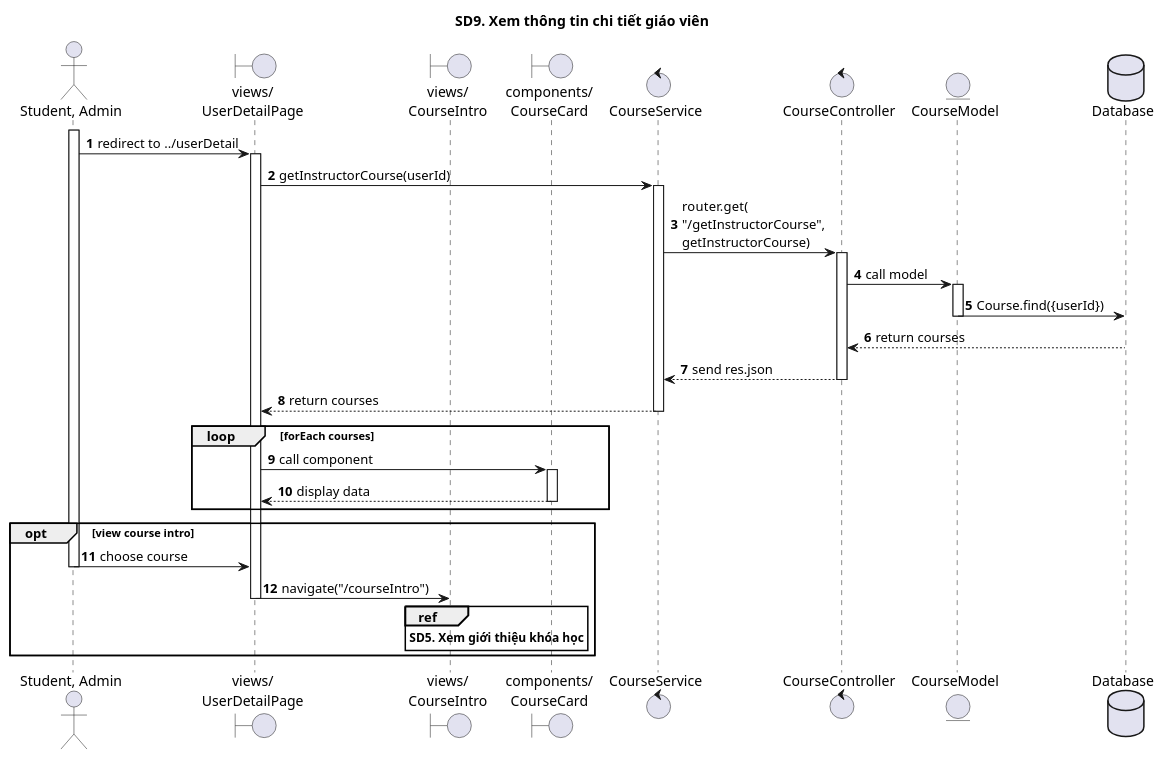
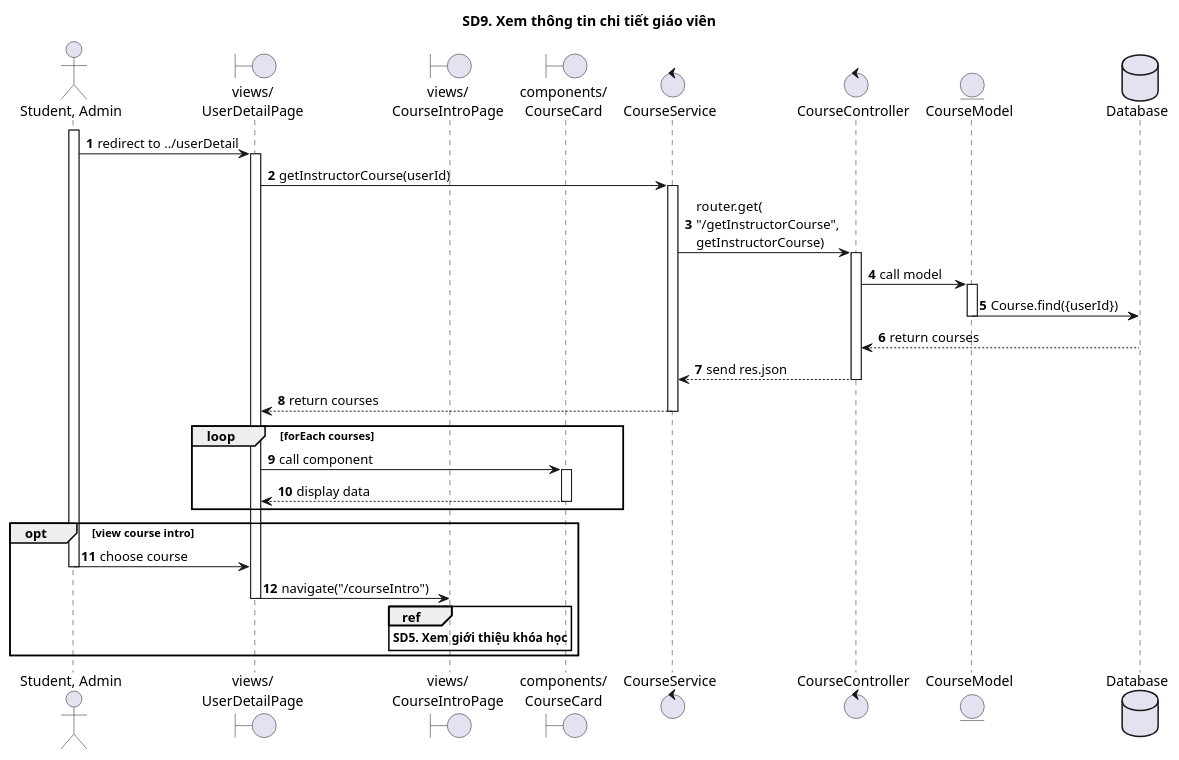
Before and after one commit to The-Cookies-Team/UML-Diagrams: the diagram in SequenceDiagrams/CNPMHDT/sd9.puml, drawn with PlantUML. The commit also changed 18 other files, not shown here.

```diff
--- a/SequenceDiagrams/CNPMHDT/sd9.puml
+++ b/SequenceDiagrams/CNPMHDT/sd9.puml
@@ -1,49 +1,49 @@
 @startuml SQ
 
 autonumber
 
 title SD9. Xem thông tin chi tiết giáo viên
 
 actor "Student, Admin" as Actor
 boundary "views/\nUserDetailPage" as UserDetailPage
-boundary "views/\nCourseIntro" as CourseIntro
+boundary "views/\nCourseIntroPage" as CourseIntro
 boundary "components/\nCourseCard" as CourseCard
 control "CourseService"
 control "CourseController"
 entity "CourseModel"
 database "Database" as Database
 
 activate Actor
 Actor -> UserDetailPage: redirect to ../userDetail
 activate UserDetailPage
 UserDetailPage -> CourseService: getInstructorCourse(userId)
 activate CourseService
 CourseService -> CourseController: router.get(\n"/getInstructorCourse",\ngetInstructorCourse)
 activate CourseController
 CourseController -> CourseModel: call model
 activate CourseModel
 CourseModel -> Database: Course.find({userId})
 deactivate CourseModel
 Database --> CourseController: return courses
 deactivate Database
 CourseController --> CourseService: send res.json
 deactivate CourseController
 CourseService --> UserDetailPage: return courses
 deactivate CourseService
 loop forEach courses
 UserDetailPage -> CourseCard: call component
 activate CourseCard
 CourseCard --> UserDetailPage: display data
 deactivate CourseCard
 end
 opt view course intro
 Actor -> UserDetailPage: choose course
 deactivate Actor
 UserDetailPage -> CourseIntro: navigate("/courseIntro")
 deactivate UserDetailPage
 ref over CourseIntro
 **SD5. Xem giới thiệu khóa học**
 end ref
 end
 
 @enduml
```
